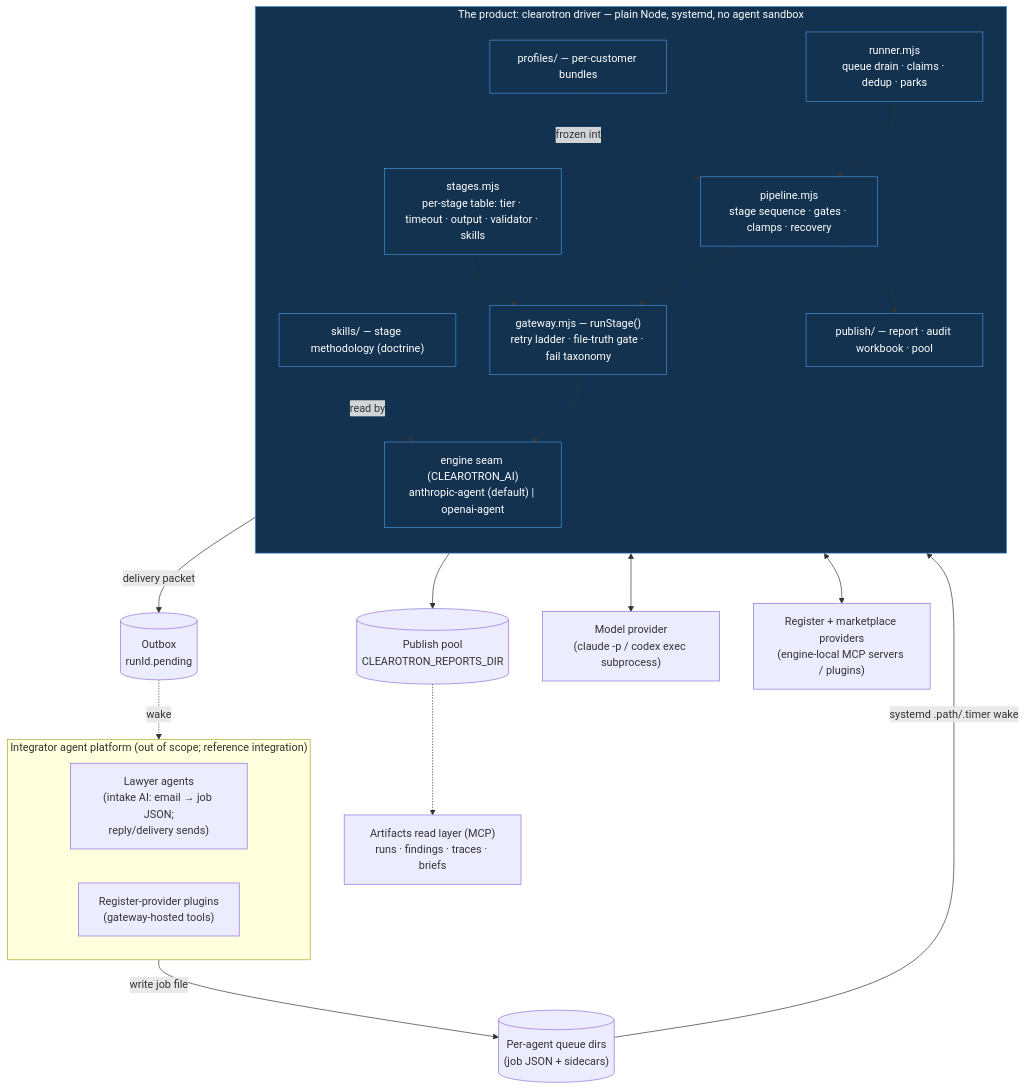
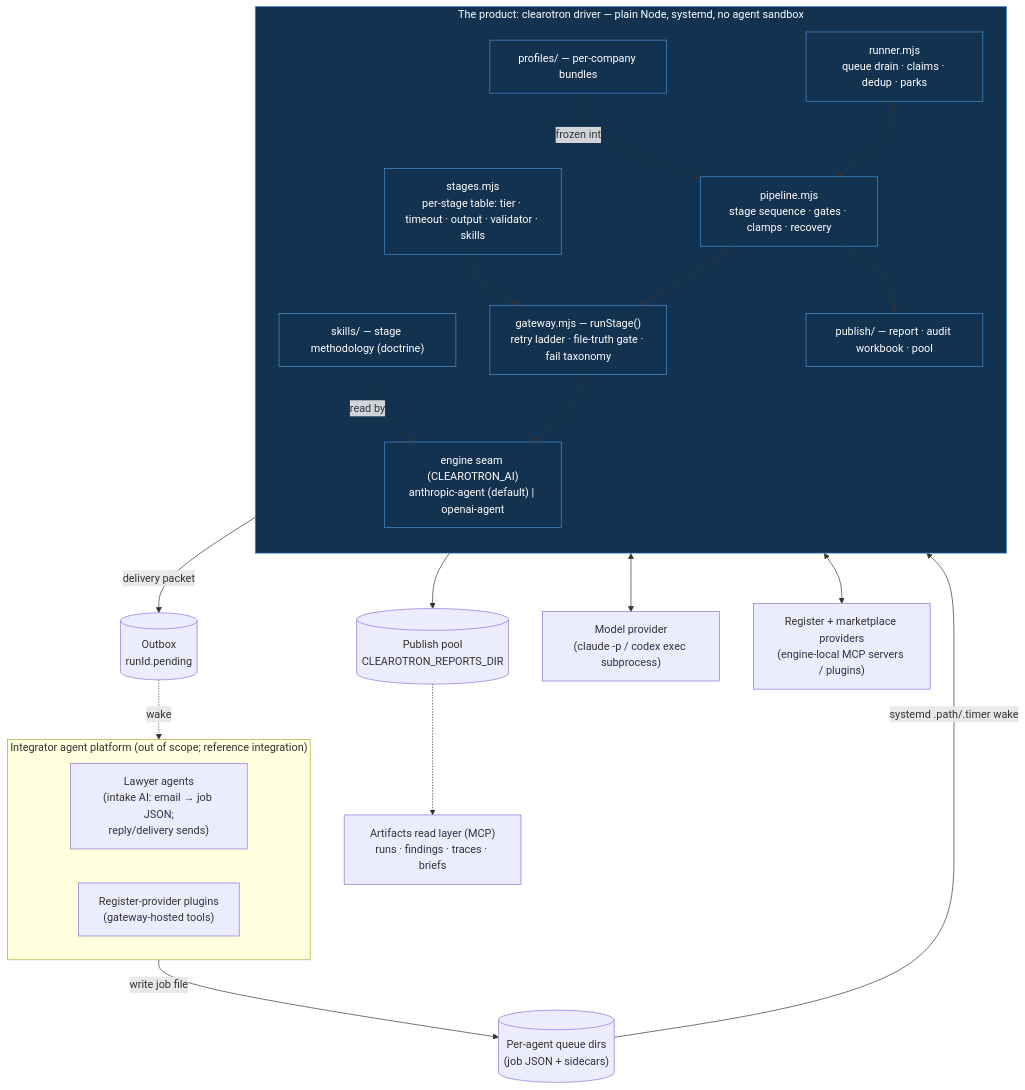
Before and after one commit to CordilleraSarl/clearotron: the first of 2 diagrams in docs/architecture/02-architecture.md, drawn with Mermaid. The commit also changed other lines of this file and 25 other files, not shown here.

````diff
--- a/docs/architecture/02-architecture.md
+++ b/docs/architecture/02-architecture.md
@@ -43,44 +43,44 @@
 ```mermaid
 flowchart TB
     subgraph GW["Integrator agent platform (out of scope; reference integration)"]
         direction LR
         AG["Lawyer agents<br/>(intake AI: email → job JSON;<br/>reply/delivery sends)"]
         PL["Register-provider plugins<br/>(gateway-hosted tools)"]
     end
 
     subgraph DRV["The product: clearotron driver — plain Node, systemd, no agent sandbox"]
         direction TB
         RUN["runner.mjs<br/>queue drain · claims · dedup · parks"]
         PIPE["pipeline.mjs<br/>stage sequence · gates · clamps · recovery"]
         STG["stages.mjs<br/>per-stage table: tier · timeout · output · validator · skills"]
         GWM["gateway.mjs — runStage()<br/>retry ladder · file-truth gate · fail taxonomy"]
         ENG["engine seam (CLEAROTRON_AI)<br/>anthropic-agent (default) | openai-agent"]
         SKL["skills/ — stage methodology (doctrine)"]
-        PROF["profiles/ — per-customer bundles"]
+        PROF["profiles/ — per-company bundles"]
         PUB["publish/ — report · audit workbook · pool"]
         RUN --> PIPE --> GWM --> ENG
         STG --> GWM
         SKL -.read by.-> ENG
         PROF -.frozen into.-> PIPE
         PIPE --> PUB
     end
 
     Q[("Per-agent queue dirs<br/>(job JSON + sidecars)")]
     POOL[("Publish pool<br/>CLEAROTRON_REPORTS_DIR")]
     OB[("Outbox<br/>runId.pending")]
     MODEL["Model provider<br/>(claude -p / codex exec subprocess)"]
     REG["Register + marketplace providers<br/>(engine-local MCP servers / plugins)"]
     MCPQ["Artifacts read layer (MCP)<br/>runs · findings · traces · briefs"]
 
     AG -- "write job file" --> Q
     Q -- "systemd .path/.timer wake" --> RUN
     ENG <--> MODEL
     ENG <--> REG
     PUB --> POOL
     PIPE -- "delivery packet" --> OB
     OB -. "wake" .-> AG
     POOL -.-> MCPQ
 
     classDef product fill:#12324f,stroke:#4a90d9,color:#fff
     class DRV,RUN,PIPE,STG,GWM,ENG,SKL,PROF,PUB product
 ```
````
